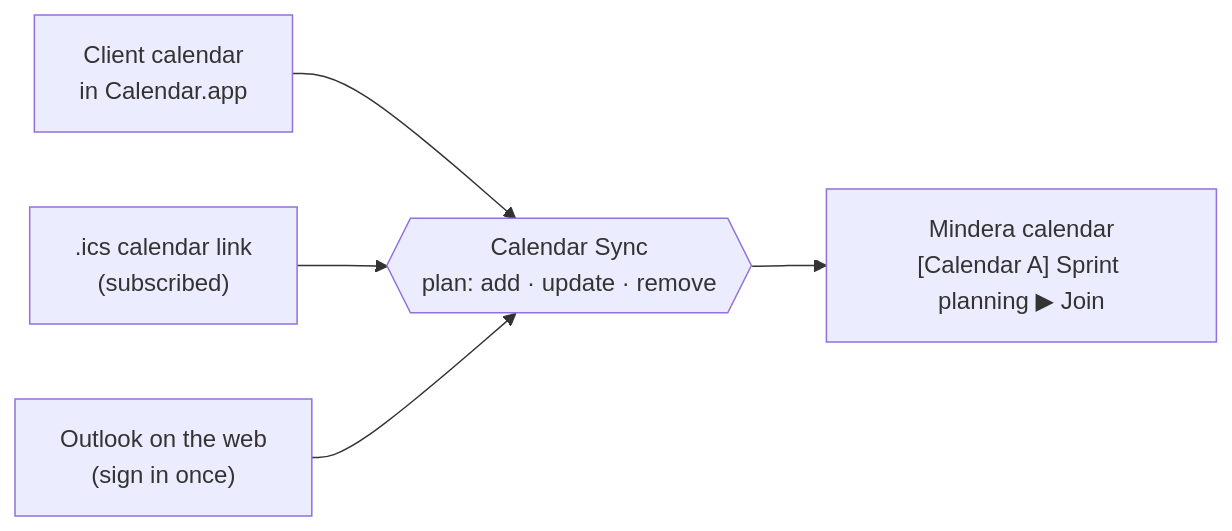
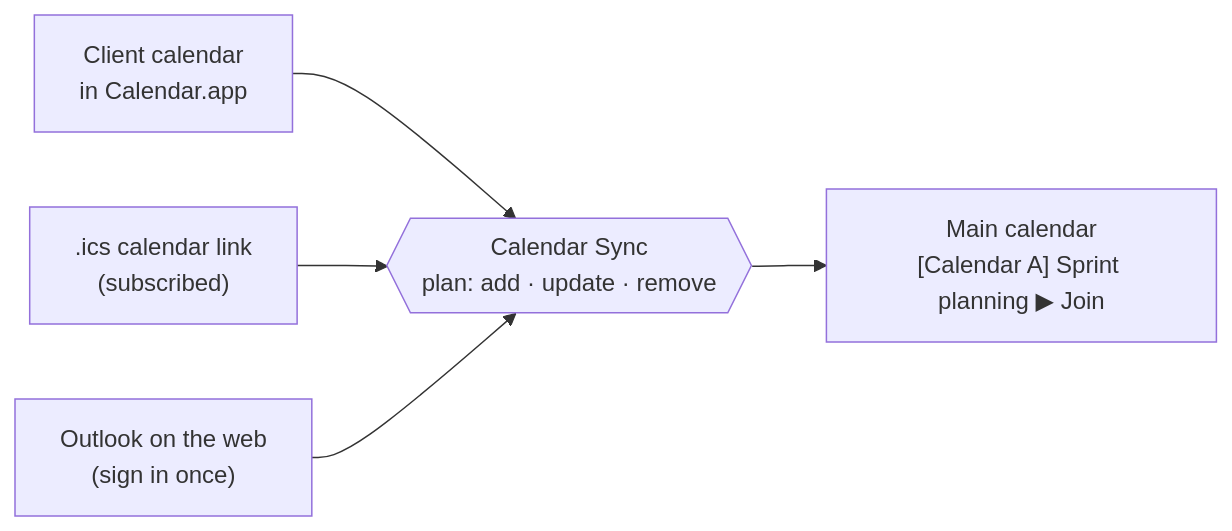
One commit to neteinstein/Calendar-Sync changed the diagram in README.md. Above: the diagram before and after it, drawn with Mermaid. The commit also changed other lines of this file and 5 other files, not shown here.

First line of the commit message:
Replace company-specific wording with "main calendar"

````diff
--- a/README.md
+++ b/README.md
@@ -83,7 +83,7 @@
 ```mermaid
 flowchart LR
     A["Client calendar<br/>in Calendar.app"] --> S
     B[".ics calendar link<br/>(subscribed)"] --> S
     C["Outlook on the web<br/>(sign in once)"] --> S
-    S{{"Calendar Sync<br/>plan: add · update · remove"}} --> M["Mindera calendar<br/>[Calendar A] Sprint planning ▶ Join"]
+    S{{"Calendar Sync<br/>plan: add · update · remove"}} --> M["Main calendar<br/>[Calendar A] Sprint planning ▶ Join"]
 ```
````
